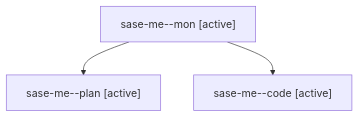
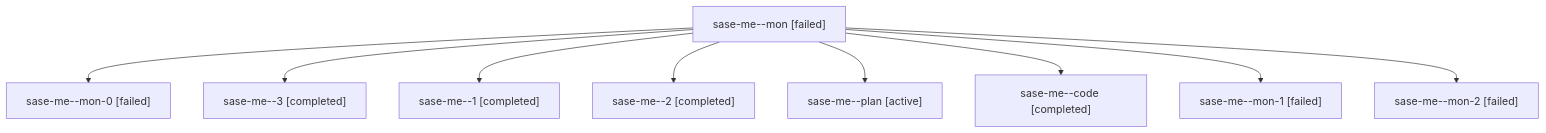
The diagram in families/bbugyi200.athena.sase-me.md (sase-org/sase--agents), drawn with Mermaid before and after one commit. The commit also changed other lines of this file and 35830 other files, not shown here.

````diff
--- a/families/bbugyi200.athena.sase-me.md
+++ b/families/bbugyi200.athena.sase-me.md
@@ -9,8 +9,20 @@
 ```mermaid
 flowchart TD
-  n0["sase-me--mon [active]"]
-  n1["sase-me--plan [active]"]
+  n0["sase-me--mon [failed]"]
+  n1["sase-me--mon-0 [failed]"]
   n0 --> n1
-  n2["sase-me--code [active]"]
+  n2["sase-me--3 [completed]"]
   n0 --> n2
+  n3["sase-me--1 [completed]"]
+  n0 --> n3
+  n4["sase-me--2 [completed]"]
+  n0 --> n4
+  n5["sase-me--plan [active]"]
+  n0 --> n5
+  n6["sase-me--code [completed]"]
+  n0 --> n6
+  n7["sase-me--mon-1 [failed]"]
+  n0 --> n7
+  n8["sase-me--mon-2 [failed]"]
+  n0 --> n8
 ```
````
